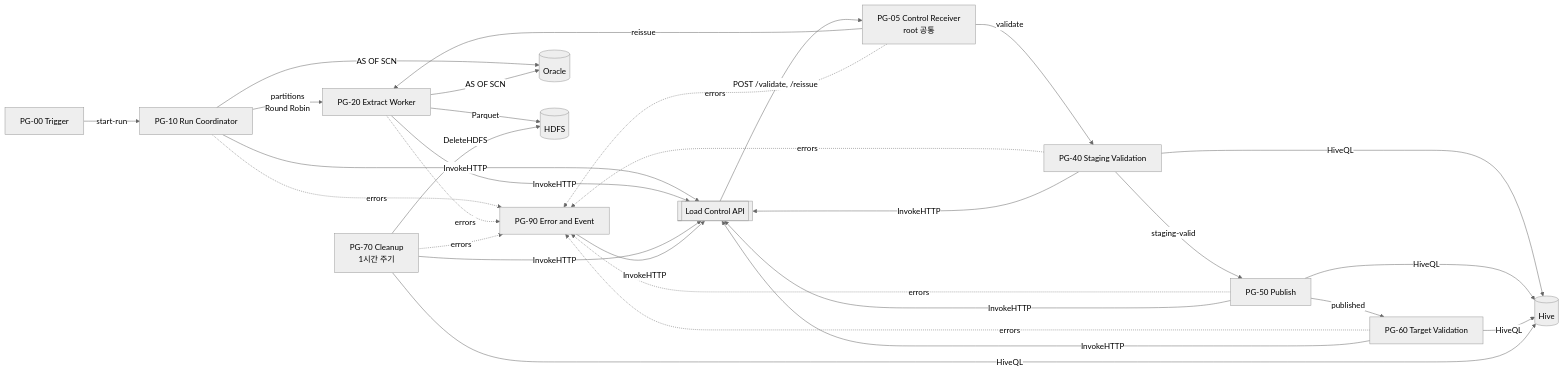
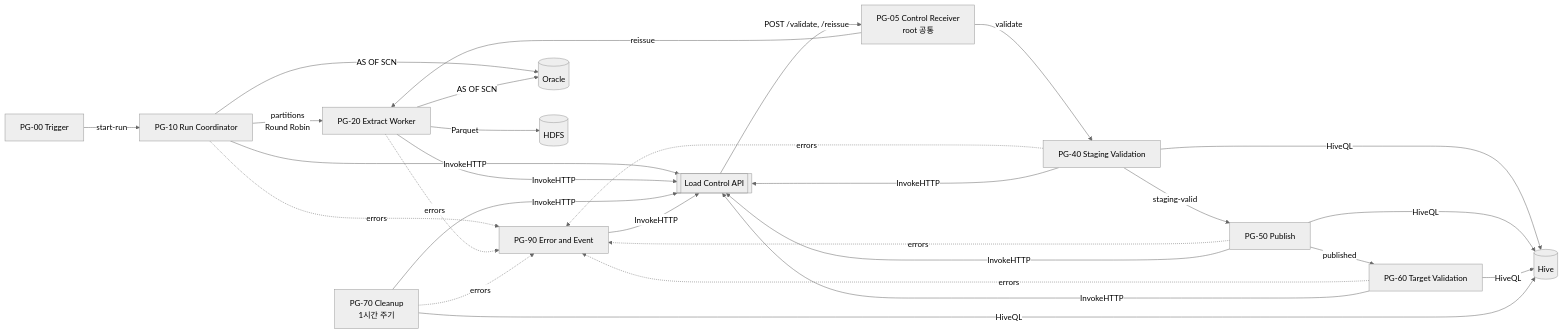
One commit to DataDynamics/nifi-sqoop-removal changed the diagram in poc/V4-MANUAL.md. Above: the diagram before and after it, drawn with Mermaid (neutral theme). The commit also changed other lines of this file and 53 other files, not shown here.

````diff
--- a/poc/V4-MANUAL.md
+++ b/poc/V4-MANUAL.md
@@ -9,17 +9,16 @@
 ```mermaid
 flowchart LR
     T[PG-00 Trigger] -->|start-run| C[PG-10 Run Coordinator]
     C -->|partitions<br/>Round Robin| W[PG-20 Extract Worker]
     R[PG-05 Control Receiver<br/>root 공통] -->|validate| S[PG-40 Staging Validation]
     S -->|staging-valid| P[PG-50 Publish]
     P -->|published| V[PG-60 Target Validation]
     R -->|reissue| W
     CL[PG-70 Cleanup<br/>1시간 주기]
-    C & W & S & R & P & V & CL -.->|errors| E[PG-90 Error and Event]
+    C & W & S & P & V & CL -.->|errors| E[PG-90 Error and Event]
     C & W & S & P & V & CL & E -->|InvokeHTTP| API[[Load Control API]]
     API -->|POST /validate, /reissue| R
     C & W -->|AS OF SCN| O[(Oracle)]
     W -->|Parquet| H[(HDFS)]
     S & P & V & CL -->|HiveQL| HV[(Hive)]
-    CL -->|DeleteHDFS| H
 ```
````
